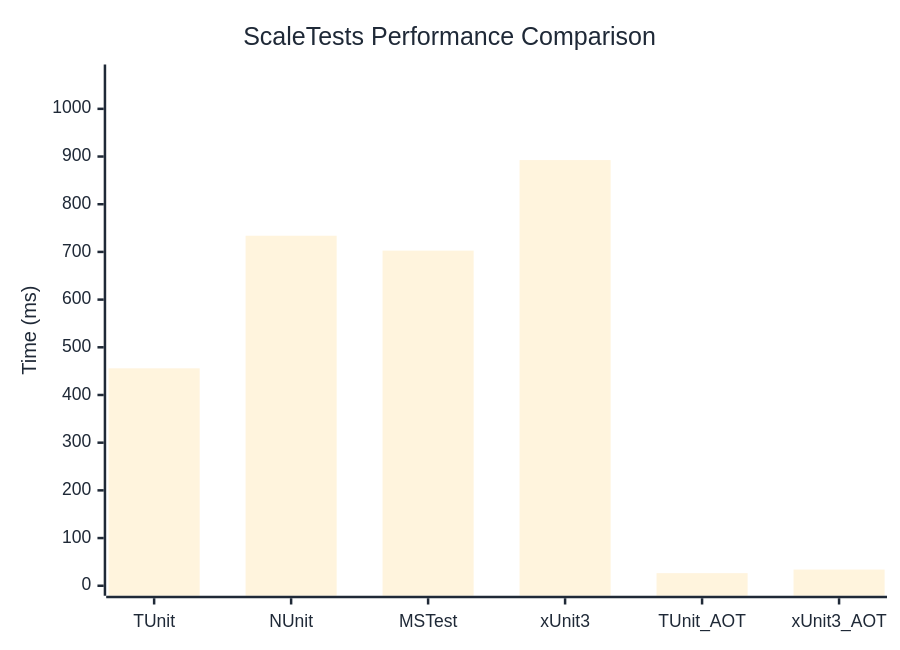
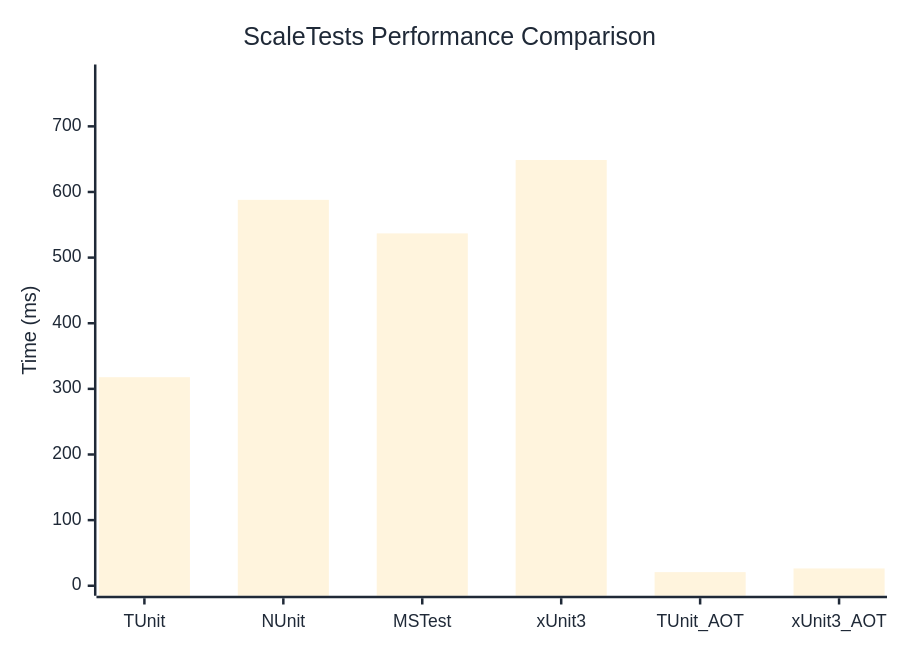
The diagram in docs/docs/benchmarks/engine/ScaleTests.md (thomhurst/TUnit), drawn with Mermaid before and after one commit. The commit also changed other lines of this file and 18 other files, not shown here.

````diff
--- a/docs/docs/benchmarks/engine/ScaleTests.md
+++ b/docs/docs/benchmarks/engine/ScaleTests.md
@@ -30,37 +30,37 @@
 ```mermaid
 %%{init: {
   'theme':'base',
   'themeVariables': {
     'primaryColor': '#2563eb',
     'primaryTextColor': '#1f2937',
     'primaryBorderColor': '#1e40af',
     'lineColor': '#6b7280',
     'secondaryColor': '#7c3aed',
     'tertiaryColor': '#dc2626',
     'background': '#ffffff',
     'mainBkg': '#2563eb',
     'secondBkg': '#7c3aed',
     'tertiaryBkg': '#dc2626',
     'clusterBkg': '#f3f4f6',
     'edgeLabelBackground': '#ffffff',
     'tertiaryTextColor': '#1f2937',
     'pie1': '#2563eb',
     'pie2': '#7c3aed',
     'pie3': '#dc2626',
     'pie4': '#f59e0b',
     'pie5': '#10b981',
     'pie6': '#06b6d4',
     'pie7': '#ec4899',
     'pie8': '#6366f1',
     'pie9': '#84cc16',
     'pie10': '#f97316',
     'pie11': '#14b8a6',
     'pie12': '#a855f7'
   }
 }}%%
 xychart-beta
   title "ScaleTests Performance Comparison"
   x-axis ["TUnit", "NUnit", "MSTest", "xUnit3", "TUnit_AOT", "xUnit3_AOT"]
-  y-axis "Time (ms)" 0 --> 1072
-  bar [455.88, 733.9, 702.74, 892.54, 26.41, 33.95]
+  y-axis "Time (ms)" 0 --> 779
+  bar [317.8, 588.01, 536.9, 648.73, 20.73, 26.37]
 ```
````
